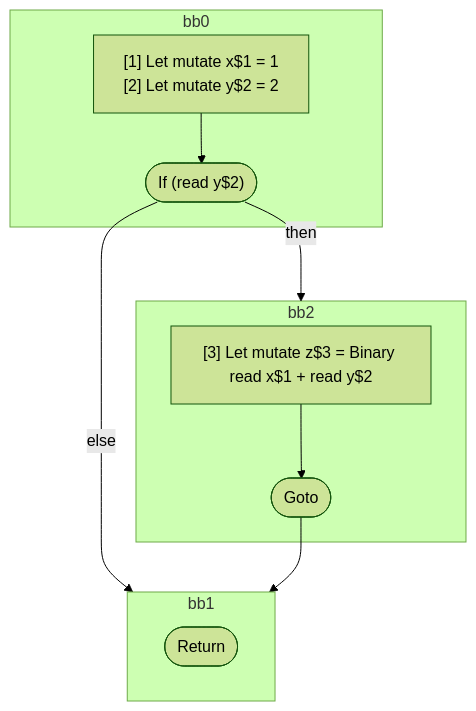
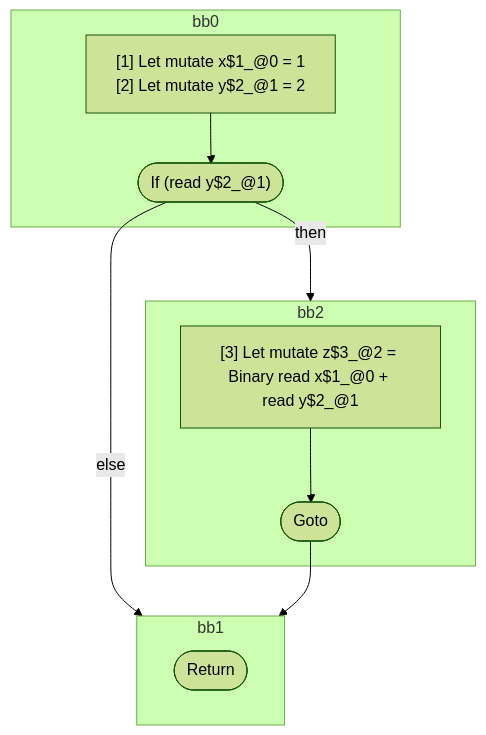
One commit to wutsmog/private changed the diagram in compiler/forget/src/__tests__/fixtures/hir/ssa-single-if.expect.md. Above: the diagram before and after it, drawn with Mermaid (forest theme). The commit also changed other lines of this file and 60 other files, not shown here.

````diff
--- a/compiler/forget/src/__tests__/fixtures/hir/ssa-single-if.expect.md
+++ b/compiler/forget/src/__tests__/fixtures/hir/ssa-single-if.expect.md
@@ -34,26 +34,26 @@
 ```mermaid
 flowchart TB
   %% Basic Blocks
   subgraph bb0
     bb0_instrs["
-      [1] Let mutate x$1 = 1
-      [2] Let mutate y$2 = 2
+      [1] Let mutate x$1_@0 = 1
+      [2] Let mutate y$2_@1 = 2
     "]
-    bb0_instrs --> bb0_terminal(["If (read y$2)"])
+    bb0_instrs --> bb0_terminal(["If (read y$2_@1)"])
   end
   subgraph bb2
     bb2_instrs["
-      [3] Let mutate z$3 = Binary read x$1 + read y$2
+      [3] Let mutate z$3_@2 = Binary read x$1_@0 + read y$2_@1
     "]
     bb2_instrs --> bb2_terminal(["Goto"])
   end
   subgraph bb1
     bb1_terminal(["Return"])
   end
 
   %% Jumps
   bb0_terminal -- then --> bb2
   bb0_terminal -- else --> bb1
   bb2_terminal --> bb1
 
 ```
````
